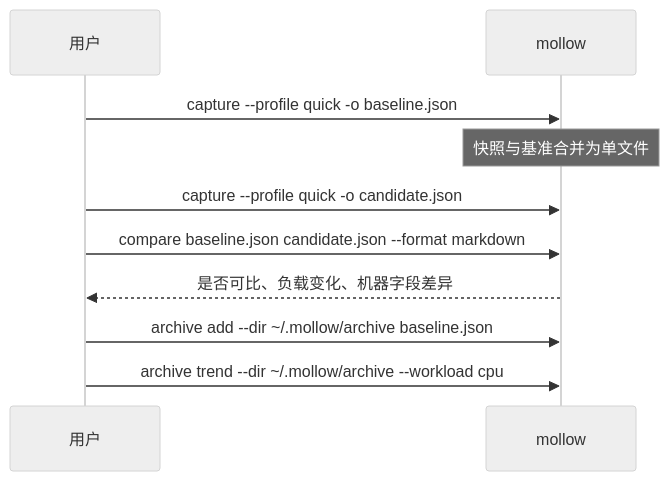
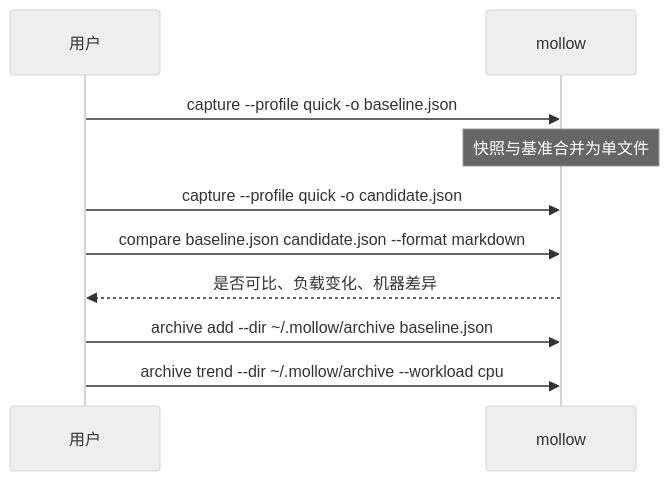
One commit to ingeniousfrog/Mollow changed the second of 2 diagrams in README-CN.md. Above: the diagram before and after it, drawn with Mermaid (neutral theme). The commit also changed other lines of this file and 2 other files, not shown here.

````diff
--- a/README-CN.md
+++ b/README-CN.md
@@ -116,12 +135,12 @@
 ```mermaid
 sequenceDiagram
   participant U as 用户
   participant M as mollow
   U->>M: capture --profile quick -o baseline.json
   Note over M: 快照与基准合并为单文件
   U->>M: capture --profile quick -o candidate.json
   U->>M: compare baseline.json candidate.json --format markdown
-  M-->>U: 是否可比、负载变化、机器字段差异
+  M-->>U: 是否可比、负载变化、机器差异
   U->>M: archive add --dir ~/.mollow/archive baseline.json
   U->>M: archive trend --dir ~/.mollow/archive --workload cpu
 ```
````
